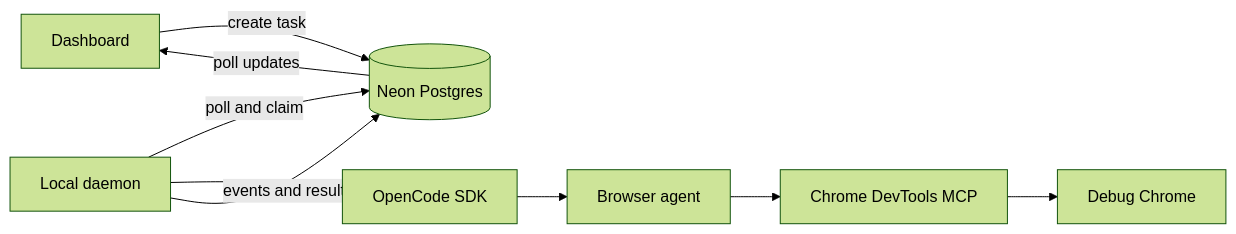
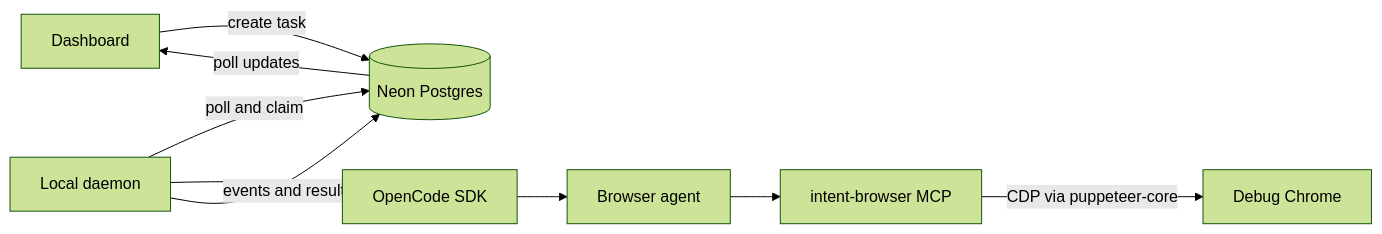
The diagram in README.md (shikhar13012001/browser-automation-agent), drawn with Mermaid (forest theme) before and after one commit. The commit also changed other lines of this file and 52 other files, not shown here.

````diff
--- a/README.md
+++ b/README.md
@@ -80,11 +74,11 @@
 ```mermaid
 flowchart LR
   U[Dashboard] -->|create task| DB[(Neon Postgres)]
   D[Local daemon] -->|poll and claim| DB
   D --> SDK[OpenCode SDK]
   SDK --> A[Browser agent]
-  A --> MCP[Chrome DevTools MCP]
-  MCP --> C[Debug Chrome]
+  A --> MCP[intent-browser MCP]
+  MCP -->|CDP via puppeteer-core| C[Debug Chrome]
   D -->|events and result| DB
   DB -->|poll updates| U
 ```
````
